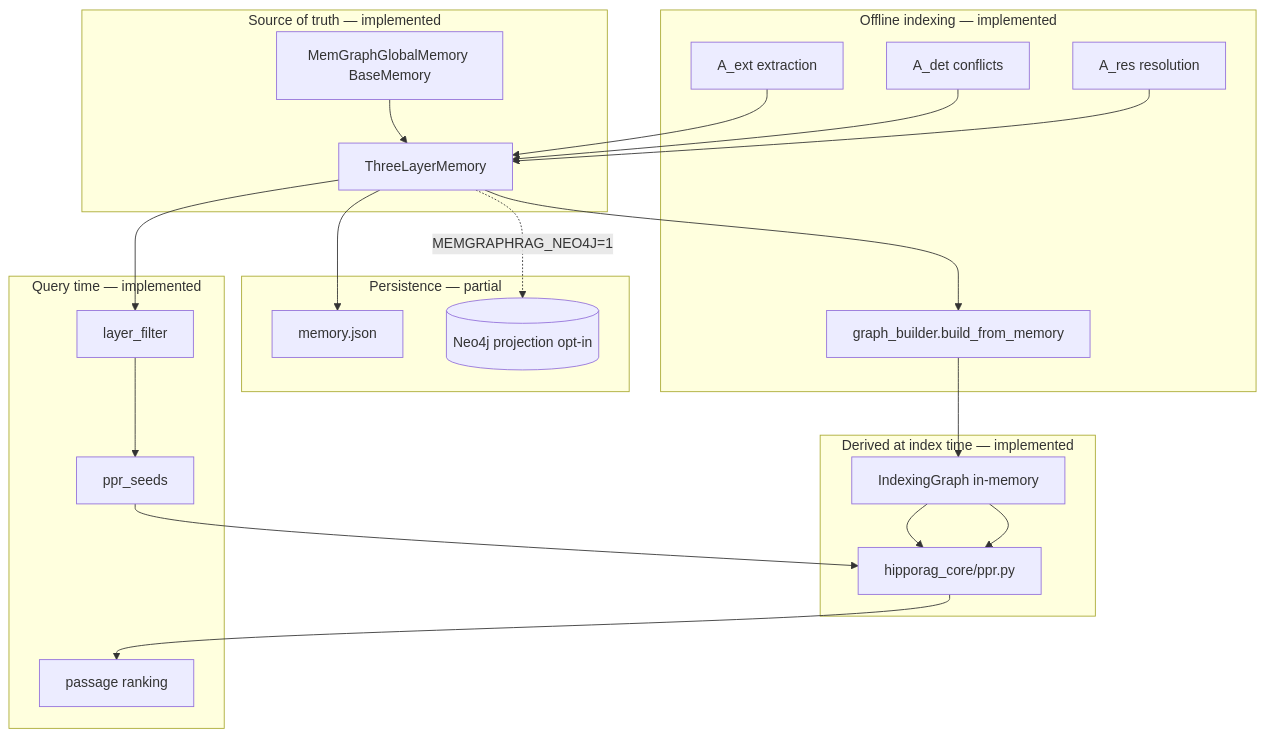
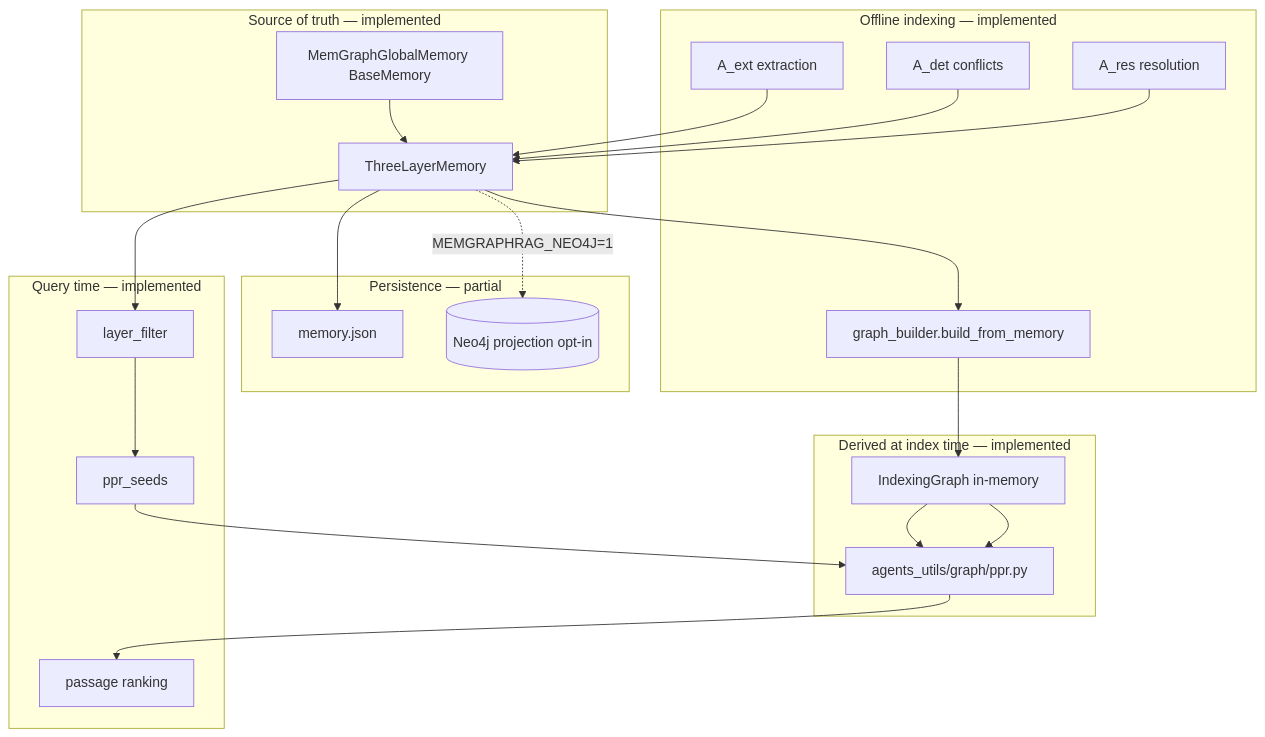
The diagram in agents/memgraphrag/MEMORY_GRAPH.md (cheongqinxue/qlab), drawn with Mermaid before and after one commit. The commit also changed other lines of this file and 25 other files, not shown here.

````diff
--- a/agents/memgraphrag/MEMORY_GRAPH.md
+++ b/agents/memgraphrag/MEMORY_GRAPH.md
@@ -42,39 +42,39 @@
 ```mermaid
 flowchart TB
   subgraph authoritative [Source of truth — implemented]
     TL[ThreeLayerMemory]
     BM[MemGraphGlobalMemory BaseMemory]
     BM --> TL
   end
   subgraph offline [Offline indexing — implemented]
     EXT[A_ext extraction]
     DET[A_det conflicts]
     RES[A_res resolution]
     GB[graph_builder.build_from_memory]
     EXT --> TL
     DET --> TL
     RES --> TL
     TL --> GB
   end
   subgraph derived [Derived at index time — implemented]
     IG[IndexingGraph in-memory]
-    PPR[hipporag_core/ppr.py]
+    PPR[agents_utils/graph/ppr.py]
     GB --> IG
     IG --> PPR
   end
   subgraph persist [Persistence — partial]
     JSON[memory.json]
     N4j[(Neo4j projection opt-in)]
     TL --> JSON
     TL -. MEMGRAPHRAG_NEO4J=1 .-> N4j
   end
   subgraph online [Query time — implemented]
     LF[layer_filter]
     SE[ppr_seeds]
     PPR
     RANK[passage ranking]
     LF --> SE --> PPR --> RANK
     IG --> PPR
     TL --> LF
   end
 ```
````
